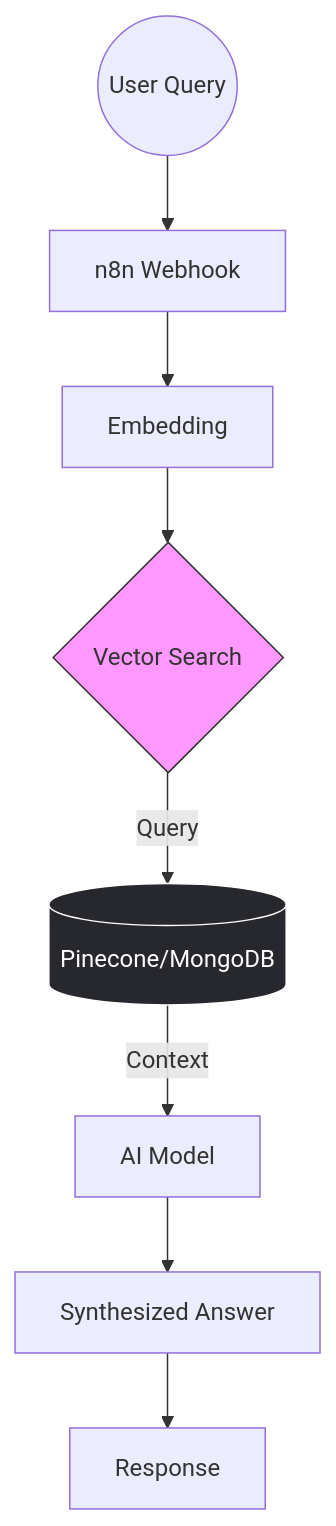
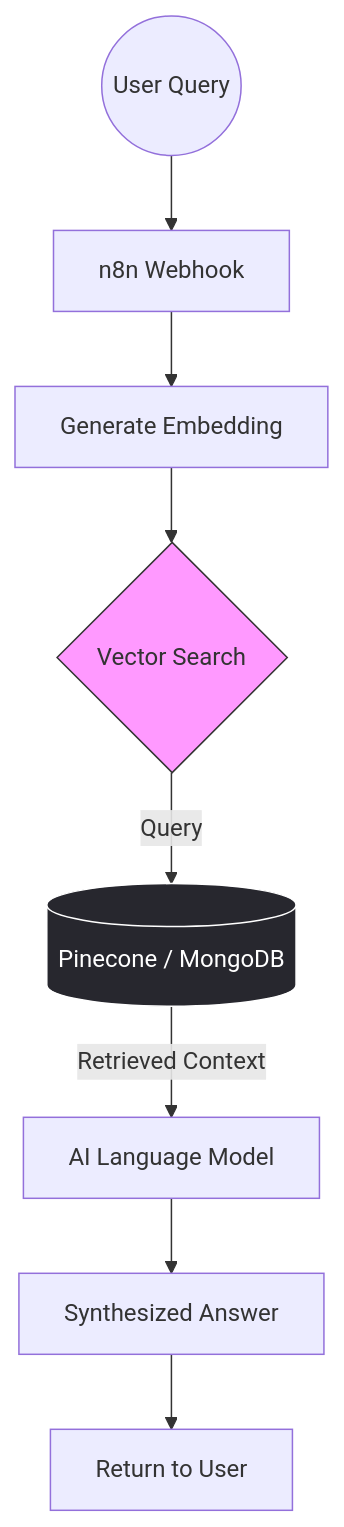
Before and after one commit to ubachan-ai/ubachan-ai: the third of 8 diagrams in README.md, drawn with Mermaid. The commit also changed other lines of this file, not shown here.

````diff
--- a/README.md
+++ b/README.md
@@ -119,13 +132,13 @@
 ```mermaid
 graph TD
   User((User Query)) --> Hook[n8n Webhook]
-  Hook --> Embed[Embedding]
+  Hook --> Embed[Generate Embedding]
   Embed --> Search{Vector Search}
-  Search -- Query --> PDB[(Pinecone/MongoDB)]
-  PDB -- Context --> AI[AI Model]
+  Search -- Query --> PDB[(Pinecone / MongoDB)]
+  PDB -- Retrieved Context --> AI[AI Language Model]
   AI --> Result[Synthesized Answer]
-  Result --> Response[Response]
+  Result --> Response[Return to User]
 
   style Search fill:#f9f,stroke:#333
   style PDB fill:#27272e,stroke:#fff,color:#fff
 ```
````
